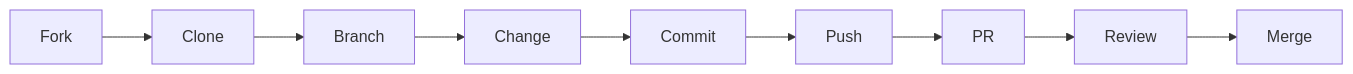
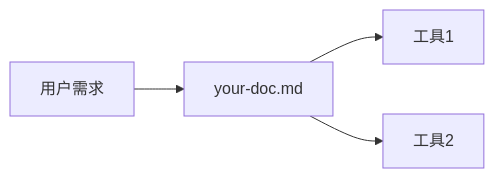
One commit to Arxchibobo/claude-Reconstruction changed the diagram in CONTRIBUTING.md. Above: the diagram before and after it, drawn with Mermaid. The commit also changed other lines of this file and 3 other files, not shown here.

````diff
--- a/CONTRIBUTING.md
+++ b/CONTRIBUTING.md
@@ -241,11 +285,6 @@
 ```mermaid
 graph LR
-    A[Fork] --> B[Clone]
-    B --> C[Branch]
-    C --> D[Change]
-    D --> E[Commit]
-    E --> F[Push]
-    F --> G[PR]
-    G --> H[Review]
-    H --> I[Merge]
+    User[用户需求] --> YourDoc[your-doc.md]
+    YourDoc --> Tool1[工具1]
+    YourDoc --> Tool2[工具2]
 ```
````
